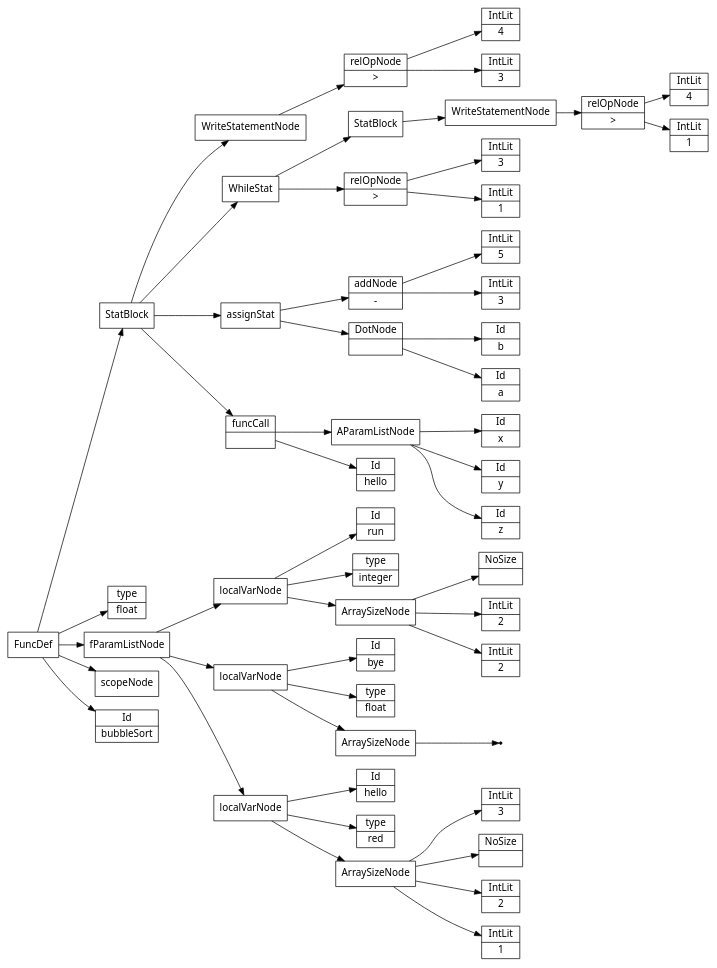
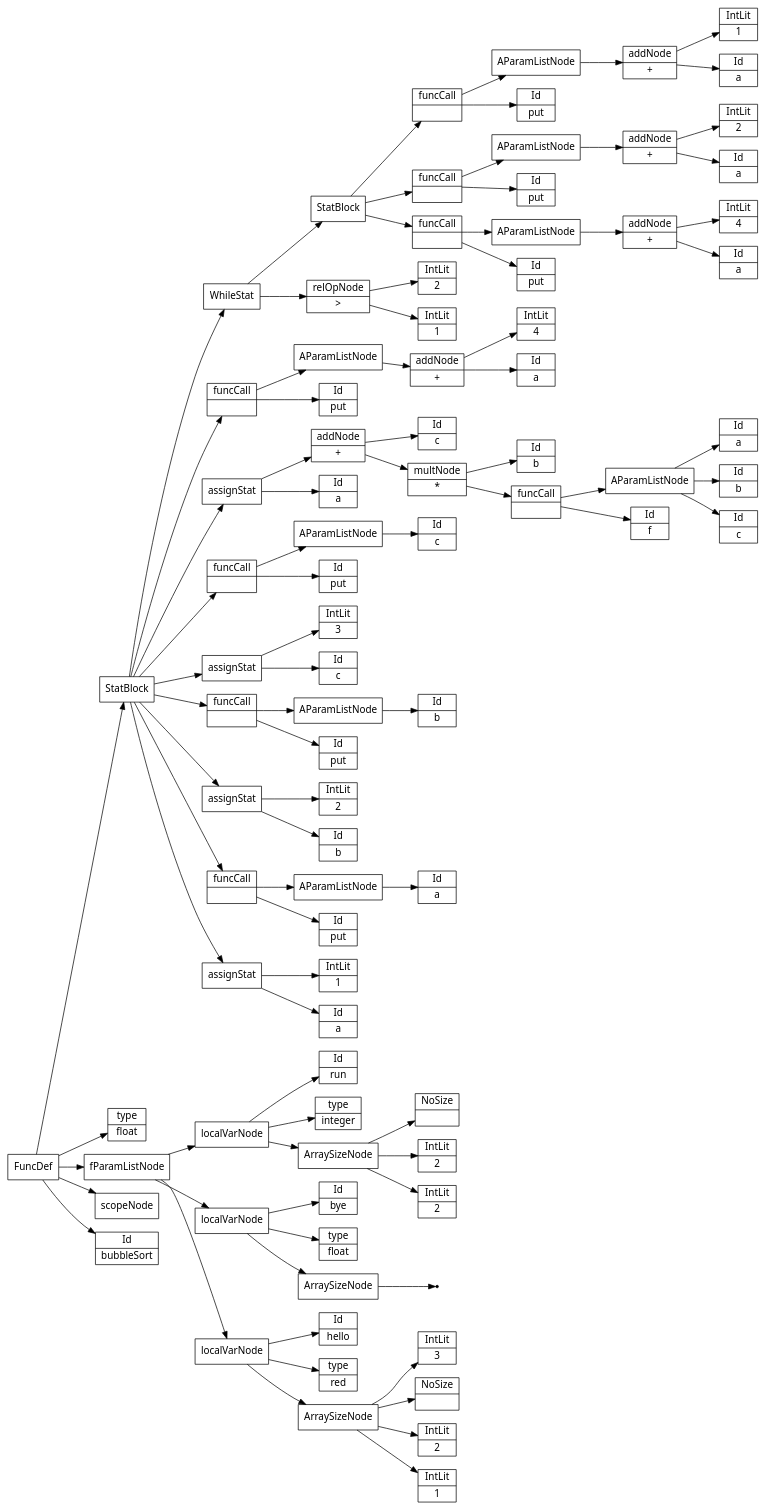
The diagram in files/bubbleSort.src.ast.dot (Saf1u/Kompiler), drawn with Graphviz before and after one commit. The commit also changed 4 other files, not shown here.

```diff
--- a/files/bubbleSort.src.ast.dot
+++ b/files/bubbleSort.src.ast.dot
@@ -1,107 +1,179 @@
 digraph AST {
 node [shape=record];
  node [fontname=Sans];charset="UTF-8" splines=true splines=spline rankdir =LR ordering="out"
 0[label="Id|bubbleSort"];
 2[label="Id|run"];
 3[label="type|integer"];
 5[label="IntLit|2"];
 6[label="IntLit|2"];
 7[label="NoSize|"];
 8[label="ArraySizeNode"];
 8->7;
 8->6;
 8->5;
 9[label="localVarNode"];
 9->2;
 9->3;
 9->8;
 10[label="Id|bye"];
 11[label="type|float"];
 none13[shape="point"];
 14[label="ArraySizeNode"];
 14->none13;
 15[label="localVarNode"];
 15->10;
 15->11;
 15->14;
 16[label="Id|hello"];
 17[label="type|red"];
 19[label="IntLit|1"];
 20[label="IntLit|2"];
 21[label="NoSize|"];
 22[label="IntLit|3"];
 23[label="ArraySizeNode"];
 23->22;
 23->21;
 23->20;
 23->19;
 24[label="localVarNode"];
 24->16;
 24->17;
 24->23;
 25[label="fParamListNode"];
 25->9;
 25->15;
 25->24;
 26[label="type|float"];
-28[label="IntLit|3"];
-29[label="relOpNode|\>"];
-30[label="IntLit|4"];
-29->30;
-29->28;
-31[label="WriteStatementNode"];
-31->29;
-32[label="IntLit|1"];
-33[label="relOpNode|\>"];
-34[label="IntLit|3"];
-33->34;
-33->32;
-36[label="IntLit|1"];
-37[label="relOpNode|\>"];
-38[label="IntLit|4"];
-37->38;
-37->36;
-39[label="WriteStatementNode"];
-39->37;
-40[label="StatBlock"];
-40->39;
-41[label="WhileStat"];
-41->40;
-41->33;
-42[label="Id|a"];
-43[label="Id|b"];
-44[label="DotNode|"];
-44->43;
-44->42;
+28[label="Id|a"];
+29[label="IntLit|1"];
+30[label="assignStat"];
+30->29;
+30->28;
+31[label="Id|put"];
+33[label="Id|a"];
+34[label="AParamListNode"];
+34->33;
+35[label="funcCall|"];
+35->34;
+35->31;
+36[label="Id|b"];
+37[label="IntLit|2"];
+38[label="assignStat"];
+38->37;
+38->36;
+39[label="Id|put"];
+41[label="Id|b"];
+42[label="AParamListNode"];
+42->41;
+43[label="funcCall|"];
+43->42;
+43->39;
+44[label="Id|c"];
 45[label="IntLit|3"];
-46[label="addNode|-"];
-47[label="IntLit|5"];
-46->47;
+46[label="assignStat"];
 46->45;
-48[label="assignStat"];
-48->46;
-48->44;
-49[label="Id|hello"];
-51[label="Id|x"];
-52[label="Id|y"];
-53[label="Id|z"];
-54[label="AParamListNode"];
-54->51;
-54->52;
-54->53;
-55[label="funcCall|"];
-55->54;
-55->49;
-56[label="StatBlock"];
-56->31;
-56->41;
-56->48;
-56->55;
-57[label="FuncDef"];
-58[label="scopeNode"];
-57->56;
-57->26;
-57->25;
-57->58;
-57->0;
+46->44;
+47[label="Id|put"];
+49[label="Id|c"];
+50[label="AParamListNode"];
+50->49;
+51[label="funcCall|"];
+51->50;
+51->47;
+52[label="Id|a"];
+53[label="Id|f"];
+55[label="Id|a"];
+56[label="Id|b"];
+57[label="Id|c"];
+58[label="AParamListNode"];
+58->55;
+58->56;
+58->57;
+59[label="funcCall|"];
+59->58;
+59->53;
+60[label="multNode|*"];
+61[label="Id|b"];
+60->61;
+60->59;
+62[label="addNode|+"];
+63[label="Id|c"];
+62->63;
+62->60;
+64[label="assignStat"];
+64->62;
+64->52;
+65[label="Id|put"];
+67[label="Id|a"];
+68[label="addNode|+"];
+69[label="IntLit|4"];
+68->69;
+68->67;
+70[label="AParamListNode"];
+70->68;
+71[label="funcCall|"];
+71->70;
+71->65;
+72[label="IntLit|1"];
+73[label="relOpNode|\>"];
+74[label="IntLit|2"];
+73->74;
+73->72;
+76[label="Id|put"];
+78[label="Id|a"];
+79[label="addNode|+"];
+80[label="IntLit|4"];
+79->80;
+79->78;
+81[label="AParamListNode"];
+81->79;
+82[label="funcCall|"];
+82->81;
+82->76;
+83[label="Id|put"];
+85[label="Id|a"];
+86[label="addNode|+"];
+87[label="IntLit|2"];
+86->87;
+86->85;
+88[label="AParamListNode"];
+88->86;
+89[label="funcCall|"];
+89->88;
+89->83;
+90[label="Id|put"];
+92[label="Id|a"];
+93[label="addNode|+"];
+94[label="IntLit|1"];
+93->94;
+93->92;
+95[label="AParamListNode"];
+95->93;
+96[label="funcCall|"];
+96->95;
+96->90;
+97[label="StatBlock"];
+97->96;
+97->89;
+97->82;
+98[label="WhileStat"];
+98->97;
+98->73;
+99[label="StatBlock"];
+99->98;
+99->71;
+99->64;
+99->51;
+99->46;
+99->43;
+99->38;
+99->35;
+99->30;
+100[label="FuncDef"];
+101[label="scopeNode"];
+100->99;
+100->26;
+100->25;
+100->101;
+100->0;
 }
```
